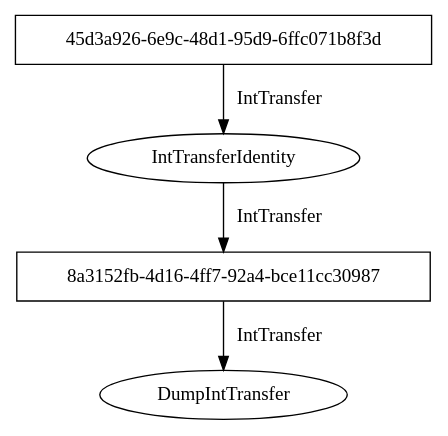
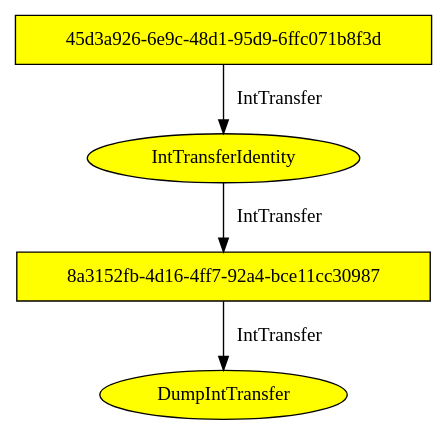
One commit to sebastiencaille/sky-lib changed the diagram in dataflow-manager/data-flow-manager/examples/src/main/resources/SimpleFlow.dot. Above: the diagram before and after it, drawn with Graphviz. The commit also changed 14 other files, not shown here.

```diff
--- a/dataflow-manager/data-flow-manager/examples/src/main/resources/SimpleFlow.dot
+++ b/dataflow-manager/data-flow-manager/examples/src/main/resources/SimpleFlow.dot
@@ -1,7 +1,9 @@
 digraph "SimpleFlow" {
-	"45d3a926-6e9c-48d1-95d9-6ffc071b8f3d" [ shape="box" ];
-	"8a3152fb-4d16-4ff7-92a4-bce11cc30987" [ shape="box" ];
-	"45d3a926-6e9c-48d1-95d9-6ffc071b8f3d" -> "IntTransferIdentity" [ label="IntTransfer" ];
-	"IntTransferIdentity" -> "8a3152fb-4d16-4ff7-92a4-bce11cc30987" [ label="IntTransfer" ];
-	"8a3152fb-4d16-4ff7-92a4-bce11cc30987" -> "DumpIntTransfer" [ label="IntTransfer" ];
+	"45d3a926-6e9c-48d1-95d9-6ffc071b8f3d" [ label="45d3a926-6e9c-48d1-95d9-6ffc071b8f3d", shape="box" , fillcolor=yellow, style=filled ];
+	"8a3152fb-4d16-4ff7-92a4-bce11cc30987" [ label="8a3152fb-4d16-4ff7-92a4-bce11cc30987", shape="box" , fillcolor=yellow, style=filled ];
+	"252663c7-305a-4867-ba24-855656d1e2f9" [ label="IntTransferIdentity", shape="ellipse" , fillcolor=yellow, style=filled ];
+	"6c072b83-e71f-4307-8a0d-86724e014bd6" [ label="DumpIntTransfer", shape="ellipse" , fillcolor=yellow, style=filled ];
+	"45d3a926-6e9c-48d1-95d9-6ffc071b8f3d" -> "252663c7-305a-4867-ba24-855656d1e2f9" [ label="IntTransfer" ];
+	"252663c7-305a-4867-ba24-855656d1e2f9" -> "8a3152fb-4d16-4ff7-92a4-bce11cc30987" [ label="IntTransfer" ];
+	"8a3152fb-4d16-4ff7-92a4-bce11cc30987" -> "6c072b83-e71f-4307-8a0d-86724e014bd6" [ label="IntTransfer" ];
 }
```
